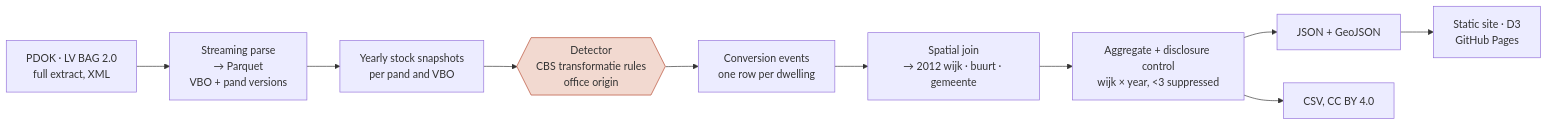
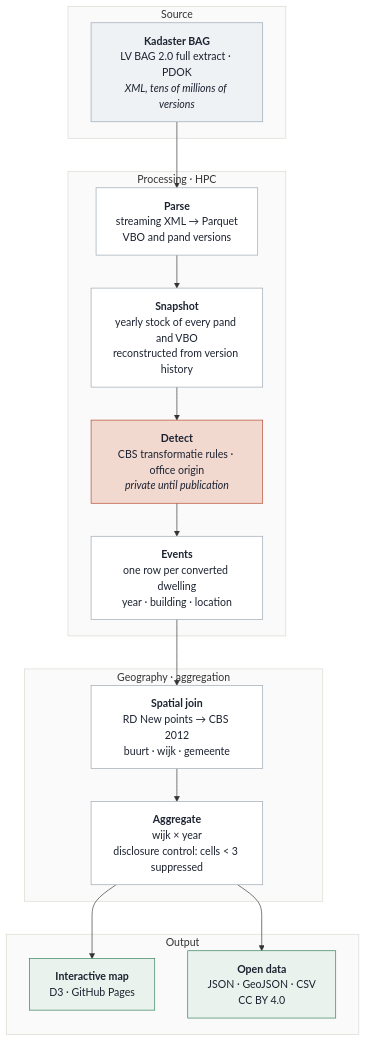
The diagram in README.md (NathanChen-Analyst/housing-conversion-monitor-nl), drawn with Mermaid before and after one commit.

Commit message:
README: vertical pipeline diagram with stage groups

````diff
--- a/README.md
+++ b/README.md
@@ -27,13 +27,40 @@
 ```mermaid
-flowchart LR
-    A[PDOK · LV BAG 2.0<br/>full extract, XML] --> B[Streaming parse<br/>→ Parquet<br/>VBO + pand versions]
-    B --> C[Yearly stock snapshots<br/>per pand and VBO]
-    C --> D{{Detector<br/>CBS transformatie rules<br/>office origin}}
-    D --> E[Conversion events<br/>one row per dwelling]
-    E --> F[Spatial join<br/>→ 2012 wijk · buurt · gemeente]
-    F --> G[Aggregate + disclosure control<br/>wijk × year, &lt;3 suppressed]
-    G --> H[JSON + GeoJSON]
-    H --> I[Static site · D3<br/>GitHub Pages]
-    G --> J[CSV, CC BY 4.0]
-    style D fill:#f2d9d0,stroke:#b5452b
+flowchart TB
+    subgraph S[" Source "]
+        A["<b>Kadaster BAG</b><br/>LV BAG 2.0 full extract · PDOK<br/><i>XML, tens of millions of versions</i>"]
+    end
+
+    subgraph P[" Processing · HPC "]
+        B["<b>Parse</b><br/>streaming XML → Parquet<br/>VBO and pand versions"]
+        C["<b>Snapshot</b><br/>yearly stock of every pand and VBO<br/>reconstructed from version history"]
+        D["<b>Detect</b><br/>CBS transformatie rules · office origin<br/><i>private until publication</i>"]
+        E["<b>Events</b><br/>one row per converted dwelling<br/>year · building · location"]
+    end
+
+    subgraph G[" Geography · aggregation "]
+        F["<b>Spatial join</b><br/>RD New points → CBS 2012<br/>buurt · wijk · gemeente"]
+        H["<b>Aggregate</b><br/>wijk × year<br/>disclosure control: cells &lt; 3 suppressed"]
+    end
+
+    subgraph O[" Output "]
+        I["<b>Interactive map</b><br/>D3 · GitHub Pages"]
+        J["<b>Open data</b><br/>JSON · GeoJSON · CSV<br/>CC BY 4.0"]
+    end
+
+    A --> B --> C --> D --> E --> F --> H
+    H --> I
+    H --> J
+
+    classDef src fill:#eef2f5,stroke:#9aa5b1,color:#1c2230
+    classDef proc fill:#ffffff,stroke:#9aa5b1,color:#1c2230
+    classDef det fill:#f2d9d0,stroke:#b5452b,color:#1c2230
+    classDef out fill:#e9f2ec,stroke:#2f7d5a,color:#1c2230
+    class A src
+    class B,C,E,F,H proc
+    class D det
+    class I,J out
+    style S fill:#fafafa,stroke:#dcd8cf
+    style P fill:#fafafa,stroke:#dcd8cf
+    style G fill:#fafafa,stroke:#dcd8cf
+    style O fill:#fafafa,stroke:#dcd8cf
 ```
````
